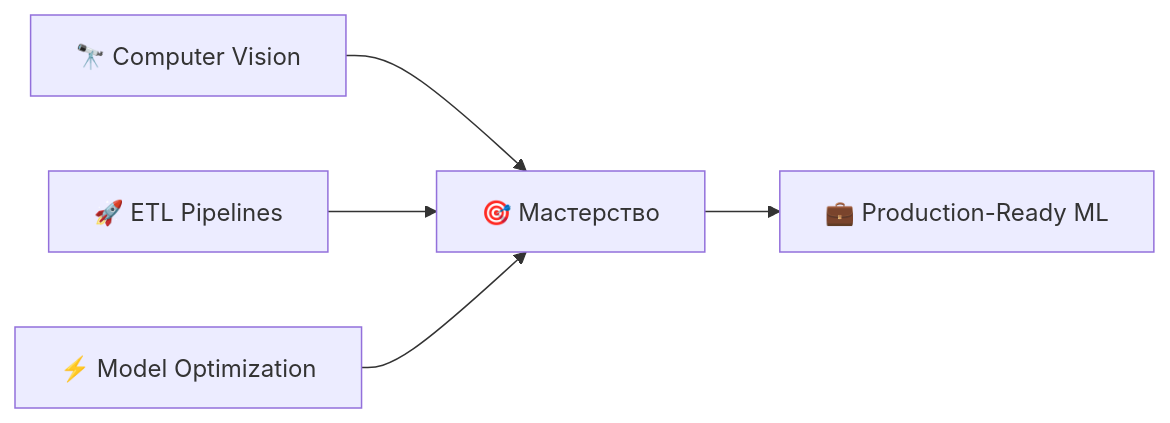
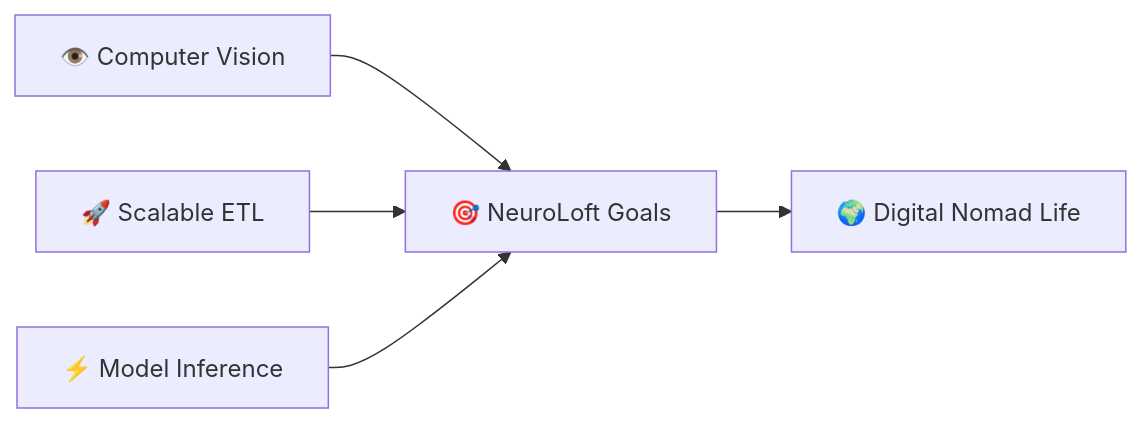
Before and after one commit to NeuroLoft/NeuroLoft: the diagram in README.md, drawn with Mermaid. The commit also changed other lines of this file, not shown here.

Commit message:
Update profile: Digital Nomad style, remove personal details

````diff
--- a/README.md
+++ b/README.md
@@ -178,7 +74,7 @@
 ```mermaid
 graph LR
-    A[🔭 Computer Vision] --> D[🎯 Мастерство]
-    B[🚀 ETL Pipelines] --> D
-    C[⚡ Model Optimization] --> D
-    D --> E[💼 Production-Ready ML]
+    A[👁️ Computer Vision] --> D[🎯 NeuroLoft Goals]
+    B[🚀 Scalable ETL] --> D
+    C[⚡ Model Inference] --> D
+    D --> E[🌍 Digital Nomad Life]
 ```
````
